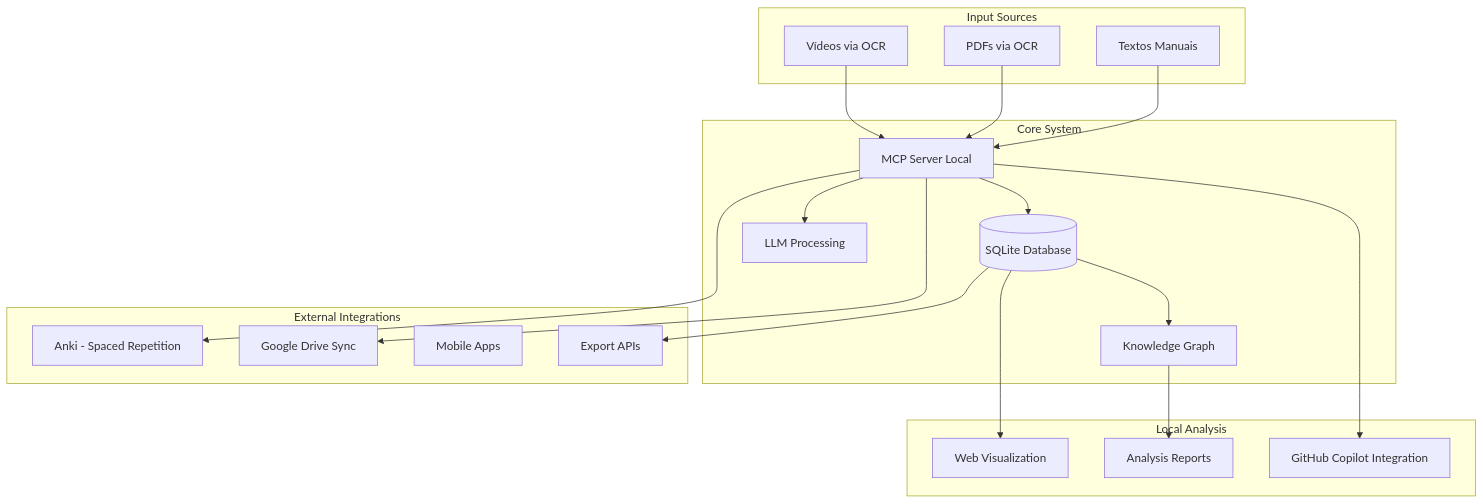
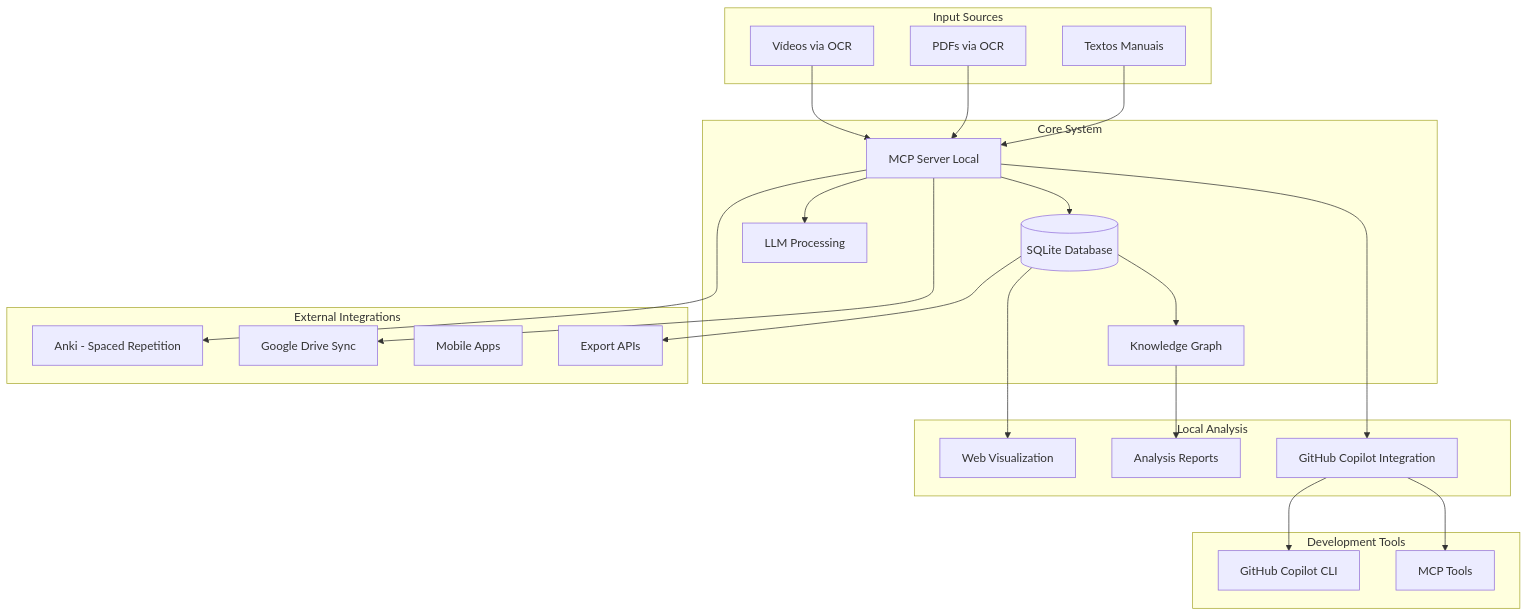
One commit to doorfsimite/muleta-cognitiva changed the first of 2 diagrams in docs/overview.md. Above: the diagram before and after it, drawn with Mermaid. The commit also changed other lines of this file and 12 other files, not shown here.

````diff
--- a/docs/overview.md
+++ b/docs/overview.md
@@ -7,44 +7,51 @@
 ```mermaid
 graph TB
     subgraph "Input Sources"
         VIDEO[Vídeos via OCR]
         PDF[PDFs via OCR] 
         TEXT[Textos Manuais]
     end
     
     subgraph "Core System"
         MCP[MCP Server Local]
         DB[(SQLite Database)]
         LLM[LLM Processing]
         GRAPH[Knowledge Graph]
     end
     
     subgraph "External Integrations"
         ANKI[Anki - Spaced Repetition]
         GDRIVE[Google Drive Sync]
         MOBILE[Mobile Apps]
         EXPORT[Export APIs]
     end
     
     subgraph "Local Analysis"
         VIZ[Web Visualization]
         REPORTS[Analysis Reports]
         COPILOT[GitHub Copilot Integration]
     end
     
+    subgraph "Development Tools"
+        CLI[GitHub Copilot CLI]
+        MCP_TOOLS[MCP Tools]
+    end
+    
     VIDEO --> MCP
     PDF --> MCP
     TEXT --> MCP
     
     MCP --> DB
     MCP --> LLM
     DB --> GRAPH
     
     MCP --> ANKI
     MCP --> GDRIVE
     DB --> EXPORT
     
     DB --> VIZ
     GRAPH --> REPORTS
     MCP --> COPILOT
+    COPILOT --> CLI
+    COPILOT --> MCP_TOOLS
 ```
````
